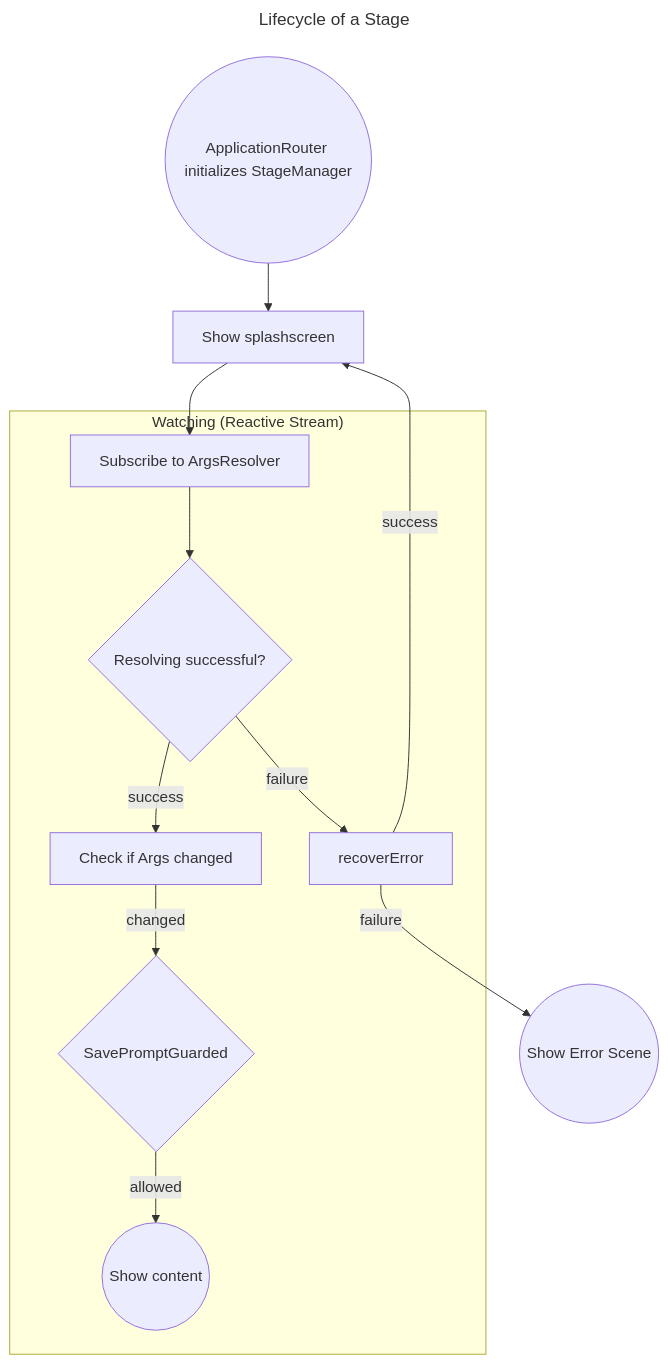
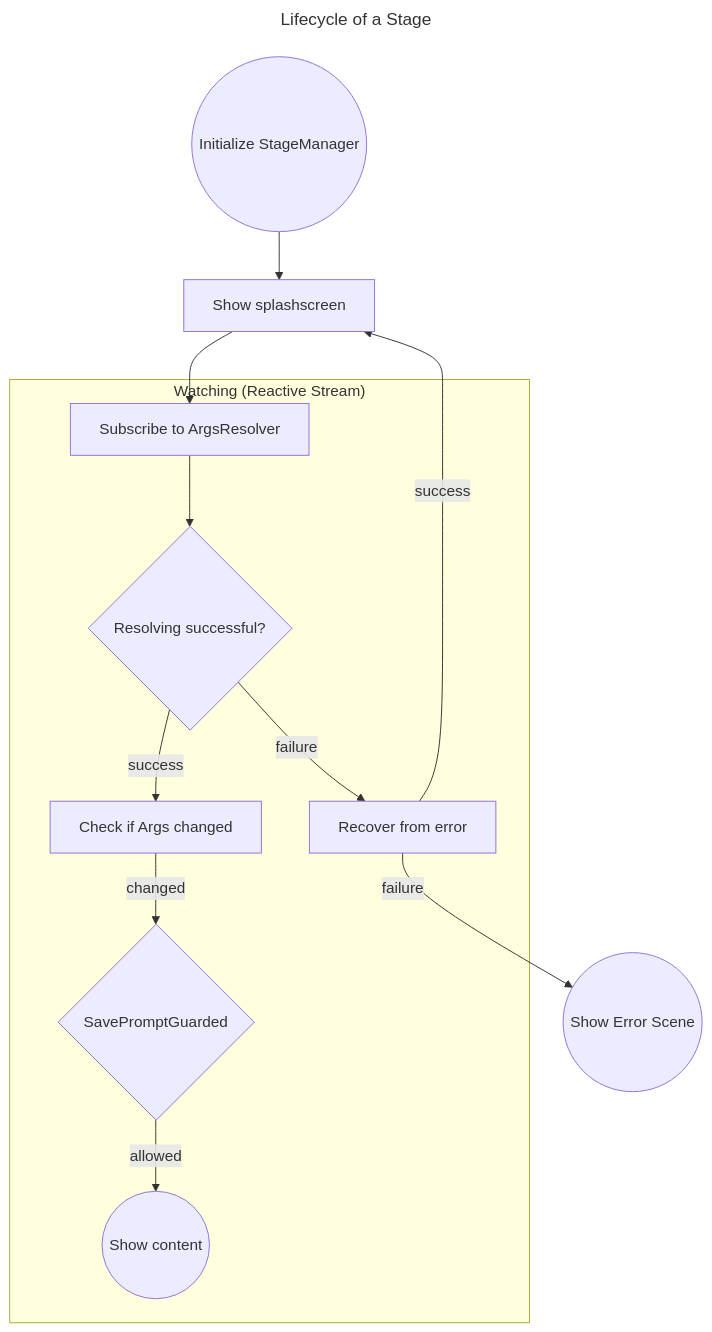
One commit to stefan-niedermann/nextcloud-deck changed the diagram in app/javafx/src/main/java/it/niedermann/nextcloud/deck/javafx/ui/stages/README.md. Above: the diagram before and after it, drawn with Mermaid.

Commit message:
docs: Fix typos

````diff
--- a/app/javafx/src/main/java/it/niedermann/nextcloud/deck/javafx/ui/stages/README.md
+++ b/app/javafx/src/main/java/it/niedermann/nextcloud/deck/javafx/ui/stages/README.md
@@ -1,21 +1,21 @@
 ```mermaid
 ---
 title: Lifecycle of a Stage
 ---
 flowchart TD
-    initializing((ApplicationRouter initializes StageManager)) --> loading[Show splashscreen]
+    initializing((Initialize StageManager)) --> loading[Show splashscreen]
     loading --> resolving[Subscribe to ArgsResolver]
     
     subgraph Watching ["Watching (Reactive Stream)"]
         resolving --> resolved{Resolving successful?}
         resolved -- success --> detectingchanges[Check if Args changed]
-        resolved -- failure --> recovering[recoverError]
+        resolved -- failure --> recovering[Recover from error]
     
-        detectingchanges -- changed --> savepromptevaulation{SavePromptGuarded}
+        detectingchanges -- changed --> savepromptevaluation{SavePromptGuarded}
     
-        savepromptevaulation -- allowed --> showcontent((Show content))
+        savepromptevaluation -- allowed --> showcontent((Show content))
     end
     
     recovering -- success --> loading
     recovering -- failure --> stopped((Show Error Scene))
 ```
````
